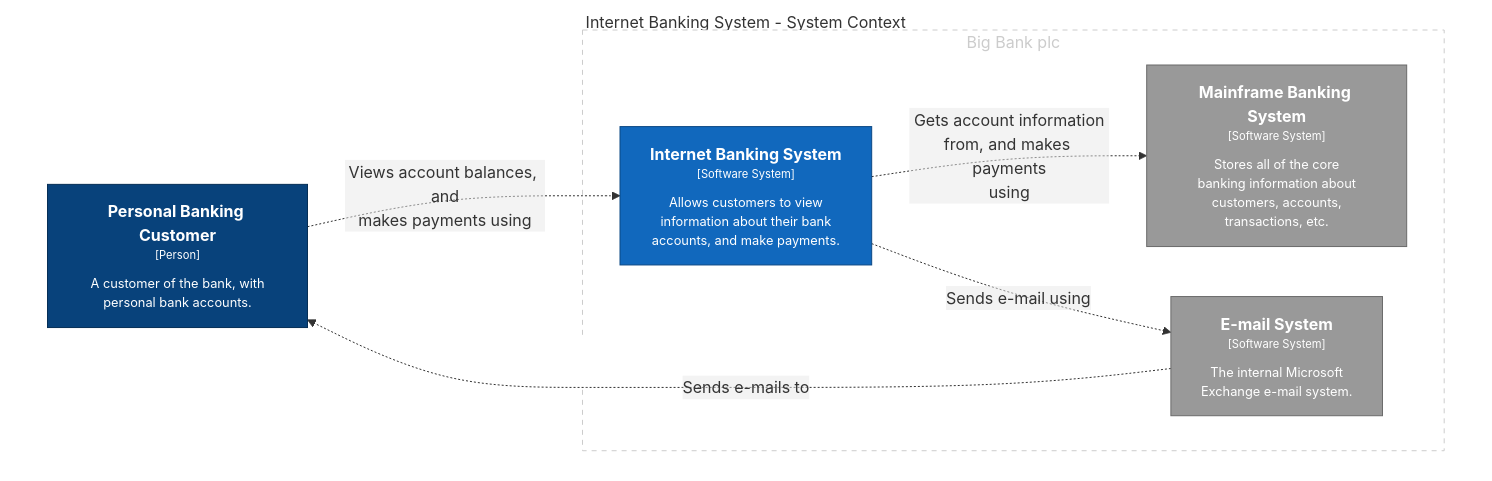
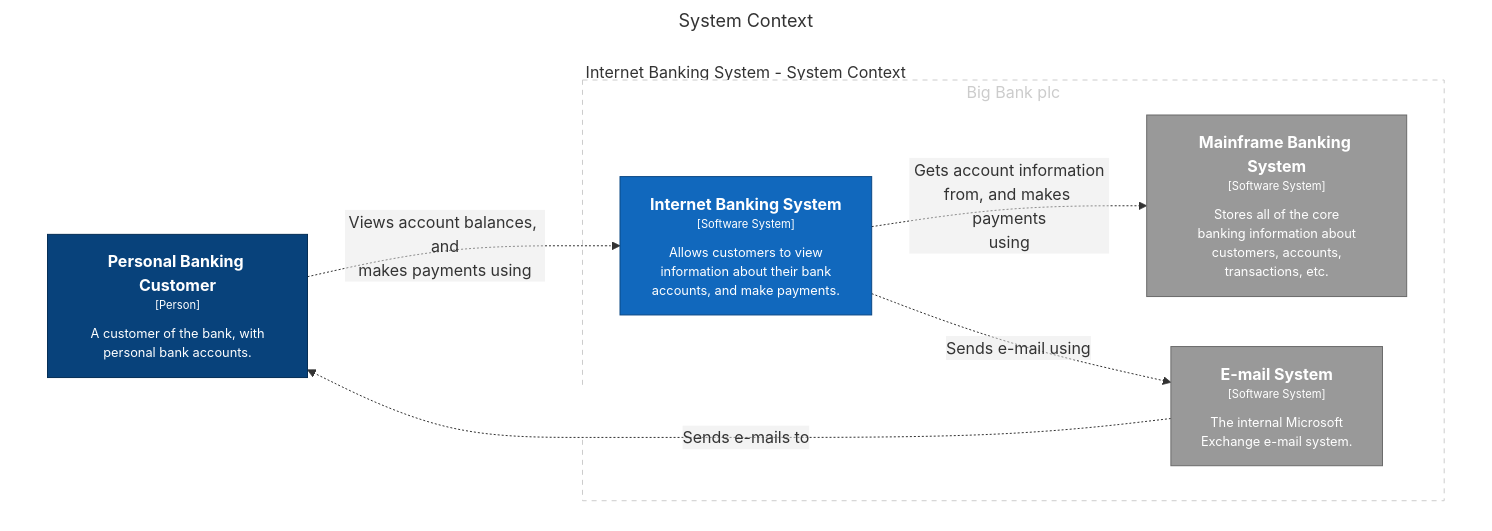
One commit to tramaine-codes/visualization-playground changed the seventh of 12 diagrams in mermaid/markdown/diagrams.template.md. Above: the diagram before and after it, drawn with Mermaid. The commit also changed other lines of this file and 9 other files, not shown here.

Commit message:
feat: add c4 diagram titles

````diff
--- a/mermaid/markdown/diagrams.template.md
+++ b/mermaid/markdown/diagrams.template.md
@@ -183,27 +186,30 @@
 ```mermaid
+---
+title: System Context
+---
 graph TB
   linkStyle default fill:#ffffff
 
   subgraph diagram ["Internet Banking System - System Context"]
     style diagram fill:#ffffff,stroke:#ffffff
 
     subgraph group1 [Big Bank plc]
       style group1 fill:#ffffff,stroke:#cccccc,color:#cccccc,stroke-dasharray:5
 
       4["<div style='font-weight: bold'>Mainframe Banking System</div><div style='font-size: 70%; margin-top: 0px'>[Software System]</div><div style='font-size: 80%; margin-top:10px'>Stores all of the core<br />banking information about<br />customers, accounts,<br />transactions, etc.</div>"]
       style 4 fill:#999999,stroke:#6b6b6b,color:#ffffff
       5["<div style='font-weight: bold'>E-mail System</div><div style='font-size: 70%; margin-top: 0px'>[Software System]</div><div style='font-size: 80%; margin-top:10px'>The internal Microsoft<br />Exchange e-mail system.</div>"]
       style 5 fill:#999999,stroke:#6b6b6b,color:#ffffff
       7["<div style='font-weight: bold'>Internet Banking System</div><div style='font-size: 70%; margin-top: 0px'>[Software System]</div><div style='font-size: 80%; margin-top:10px'>Allows customers to view<br />information about their bank<br />accounts, and make payments.</div>"]
       style 7 fill:#1168bd,stroke:#0b4884,color:#ffffff
     end
 
     1["<div style='font-weight: bold'>Personal Banking Customer</div><div style='font-size: 70%; margin-top: 0px'>[Person]</div><div style='font-size: 80%; margin-top:10px'>A customer of the bank, with<br />personal bank accounts.</div>"]
     style 1 fill:#08427b,stroke:#052e56,color:#ffffff
 
     1-. "<div>Views account balances, and<br />makes payments using</div><div style='font-size: 70%'></div>" .->7
     7-. "<div>Gets account information<br />from, and makes payments<br />using</div><div style='font-size: 70%'></div>" .->4
     7-. "<div>Sends e-mail using</div><div style='font-size: 70%'></div>" .->5
     5-. "<div>Sends e-mails to</div><div style='font-size: 70%'></div>" .->1
   end
 ```
````
